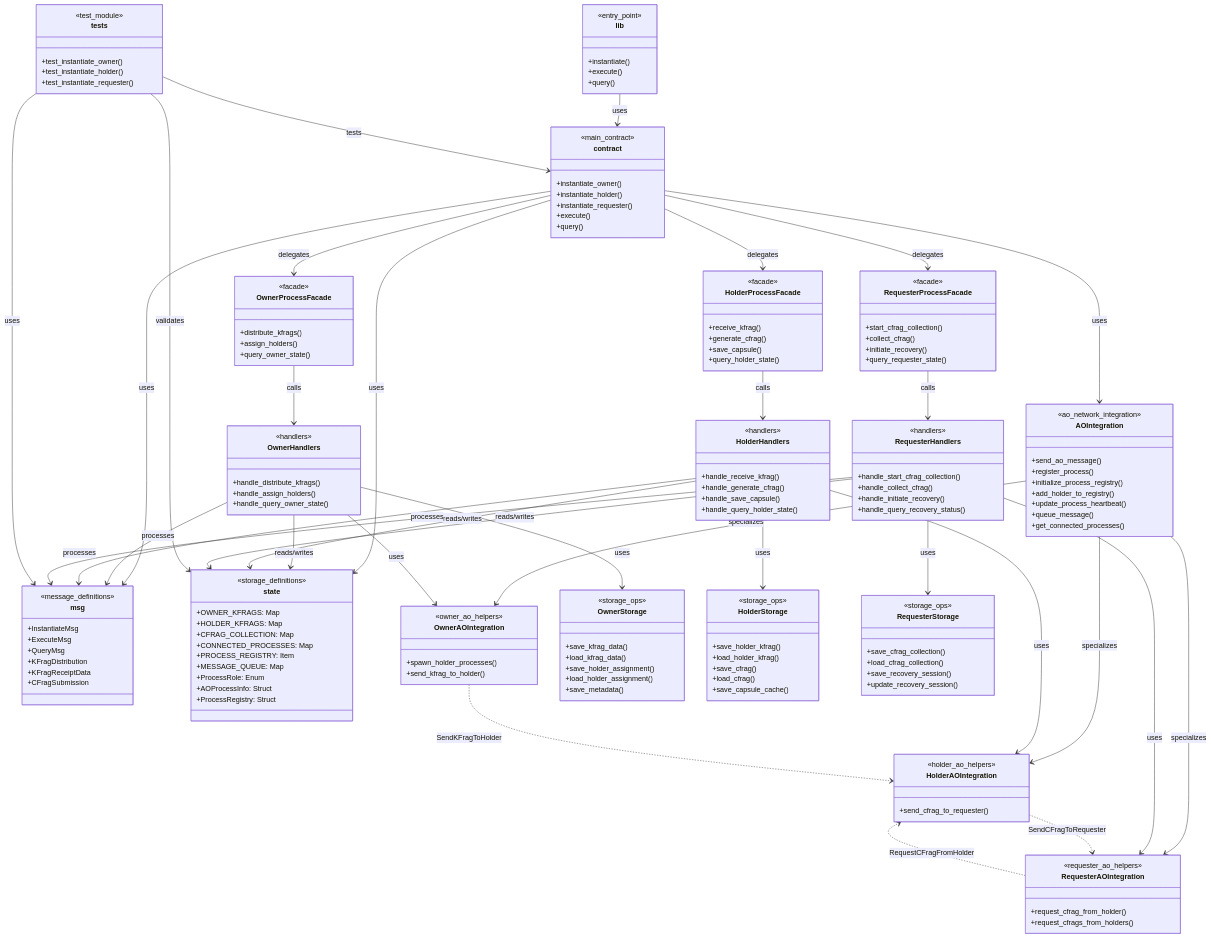
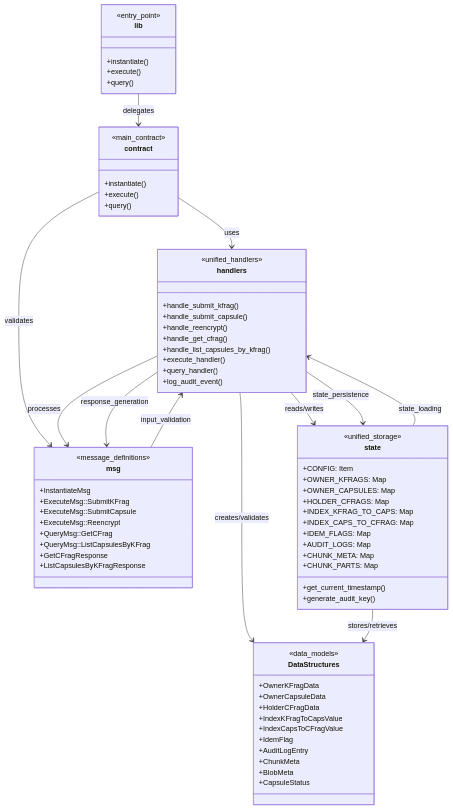
One commit to shodaimomiyama/D-TPRES changed the diagram in deploy/contracts/docs/contract-architecture.md. Above: the diagram before and after it, drawn with Mermaid. The commit also changed other lines of this file and 8 other files, not shown here.

First line of the commit message:
Update contract dependencies and simplify architecture documentation

````diff
--- a/deploy/contracts/docs/contract-architecture.md
+++ b/deploy/contracts/docs/contract-architecture.md
@@ -61,196 +40,86 @@
     %% Contract Layer
     class contract {
         <<main_contract>>
-        +instantiate_owner()
-        +instantiate_holder()
-        +instantiate_requester()
+        +instantiate()
         +execute()
         +query()
+    }
+
+    %% Unified Handlers
+    class handlers {
+        <<unified_handlers>>
+        +handle_submit_kfrag()
+        +handle_submit_capsule()
+        +handle_reencrypt()
+        +handle_get_cfrag()
+        +handle_list_capsules_by_kfrag()
+        +execute_handler()
+        +query_handler()
+        +log_audit_event()
     }
 
     %% Message Definitions
     class msg {
         <<message_definitions>>
         +InstantiateMsg
-        +ExecuteMsg
-        +QueryMsg
-        +KFragDistribution
-        +KFragReceiptData
-        +CFragSubmission
+        +ExecuteMsg::SubmitKFrag
+        +ExecuteMsg::SubmitCapsule
+        +ExecuteMsg::Reencrypt
+        +QueryMsg::GetCFrag
+        +QueryMsg::ListCapsulesByKFrag
+        +GetCFragResponse
+        +ListCapsulesByKFragResponse
     }
 
-    %% State Definitions
+    %% Unified State Management
     class state {
-        <<storage_definitions>>
+        <<unified_storage>>
+        +CONFIG: Item
         +OWNER_KFRAGS: Map
-        +HOLDER_KFRAGS: Map
-        +CFRAG_COLLECTION: Map
-        +CONNECTED_PROCESSES: Map
-        +PROCESS_REGISTRY: Item
-        +MESSAGE_QUEUE: Map
-        +ProcessRole: Enum
-        +AOProcessInfo: Struct
-        +ProcessRegistry: Struct
+        +OWNER_CAPSULES: Map
+        +HOLDER_CFRAGS: Map
+        +INDEX_KFRAG_TO_CAPS: Map
+        +INDEX_CAPS_TO_CFRAG: Map
+        +IDEM_FLAGS: Map
+        +AUDIT_LOGS: Map
+        +CHUNK_META: Map
+        +CHUNK_PARTS: Map
+        +get_current_timestamp()
+        +generate_audit_key()
     }
 
-    %% AO Network Integration
-    class AOIntegration {
-        <<ao_network_integration>>
-        +send_ao_message()
-        +register_process()
-        +initialize_process_registry()
-        +add_holder_to_registry()
-        +update_process_heartbeat()
-        +queue_message()
-        +get_connected_processes()
+    %% Data Structures
+    class DataStructures {
+        <<data_models>>
+        +OwnerKFragData
+        +OwnerCapsuleData
+        +HolderCFragData
+        +IndexKFragToCapsValue
+        +IndexCapsToCFragValue
+        +IdemFlag
+        +AuditLogEntry
+        +ChunkMeta
+        +BlobMeta
+        +CapsuleStatus
     }
 
-    class OwnerAOIntegration {
-        <<owner_ao_helpers>>
-        +spawn_holder_processes()
-        +send_kfrag_to_holder()
-    }
 
-    class HolderAOIntegration {
-        <<holder_ao_helpers>>
-        +send_cfrag_to_requester()
-    }
+    %% Core Flow
+    lib --> contract : delegates
+    contract --> handlers : uses
+    contract --> msg : validates
 
-    class RequesterAOIntegration {
-        <<requester_ao_helpers>>
-        +request_cfrag_from_holder()
-        +request_cfrags_from_holders()
-    }
+    %% Handler Dependencies
+    handlers --> state : reads/writes
+    handlers --> msg : processes
+    handlers --> DataStructures : creates/validates
 
-    %% Owner Process Module
-    class OwnerProcessFacade {
-        <<facade>>
-        +distribute_kfrags()
-        +assign_holders()
-        +query_owner_state()
-    }
+    %% State Dependencies
+    state --> DataStructures : stores/retrieves
 
-    class OwnerHandlers {
-        <<handlers>>
-        +handle_distribute_kfrags()
-        +handle_assign_holders()
-        +handle_query_owner_state()
-    }
-
-    class OwnerStorage {
-        <<storage_ops>>
-        +save_kfrag_data()
-        +load_kfrag_data()
-        +save_holder_assignment()
-        +load_holder_assignment()
-        +save_metadata()
-    }
-
-    %% Holder Process Module
-    class HolderProcessFacade {
-        <<facade>>
-        +receive_kfrag()
-        +generate_cfrag()
-        +save_capsule()
-        +query_holder_state()
-    }
-
-    class HolderHandlers {
-        <<handlers>>
-        +handle_receive_kfrag()
-        +handle_generate_cfrag()
-        +handle_save_capsule()
-        +handle_query_holder_state()
-    }
-
-    class HolderStorage {
-        <<storage_ops>>
-        +save_holder_kfrag()
-        +load_holder_kfrag()
-        +save_cfrag()
-        +load_cfrag()
-        +save_capsule_cache()
-    }
-
-    %% Requester Process Module
-    class RequesterProcessFacade {
-        <<facade>>
-        +start_cfrag_collection()
-        +collect_cfrag()
-        +initiate_recovery()
-        +query_requester_state()
-    }
-
-    class RequesterHandlers {
-        <<handlers>>
-        +handle_start_cfrag_collection()
-        +handle_collect_cfrag()
-        +handle_initiate_recovery()
-        +handle_query_recovery_status()
-    }
-
-    class RequesterStorage {
-        <<storage_ops>>
-        +save_cfrag_collection()
-        +load_cfrag_collection()
-        +save_recovery_session()
-        +update_recovery_session()
-    }
-
-    %% Tests
-    class tests {
-        <<test_module>>
-        +test_instantiate_owner()
-        +test_instantiate_holder()
-        +test_instantiate_requester()
-    }
-
-    %% Relationships - Entry Point Flow
-    lib --> contract : uses
-    contract --> msg : uses
-    contract --> state : uses
-
-    %% Contract to Process Facades
-    contract --> OwnerProcessFacade : delegates
-    contract --> HolderProcessFacade : delegates
-    contract --> RequesterProcessFacade : delegates
-
-    %% AO Network Integration Layer
-    contract --> AOIntegration : uses
-    AOIntegration --> OwnerAOIntegration : specializes
-    AOIntegration --> HolderAOIntegration : specializes
-    AOIntegration --> RequesterAOIntegration : specializes
-
-    %% Owner Module Internal
-    OwnerProcessFacade --> OwnerHandlers : calls
-    OwnerHandlers --> OwnerStorage : uses
-    OwnerHandlers --> state : reads/writes
-    OwnerHandlers --> msg : processes
-
-    %% Holder Module Internal
-    HolderProcessFacade --> HolderHandlers : calls
-    HolderHandlers --> HolderStorage : uses
-    HolderHandlers --> state : reads/writes
-    HolderHandlers --> msg : processes
-
-    %% Requester Module Internal
-    RequesterProcessFacade --> RequesterHandlers : calls
-    RequesterHandlers --> RequesterStorage : uses
-    RequesterHandlers --> state : reads/writes
-    RequesterHandlers --> msg : processes
-
-    %% Test Dependencies
-    tests --> contract : tests
-    tests --> msg : uses
-    tests --> state : validates
-
-    %% AO Network Process Integration
-    OwnerHandlers --> OwnerAOIntegration : uses
-    HolderHandlers --> HolderAOIntegration : uses
-    RequesterHandlers --> RequesterAOIntegration : uses
-
-    %% Cross-process Communication (via AO Network messages)
-    OwnerAOIntegration ..> HolderAOIntegration : SendKFragToHolder
-    HolderAOIntegration ..> RequesterAOIntegration : SendCFragToRequester
-    RequesterAOIntegration ..> HolderAOIntegration : RequestCFragFromHolder
+    %% Data Flow
+    msg --> handlers : input_validation
+    handlers --> state : state_persistence
+    state --> handlers : state_loading
+    handlers --> msg : response_generation
 ```
````
